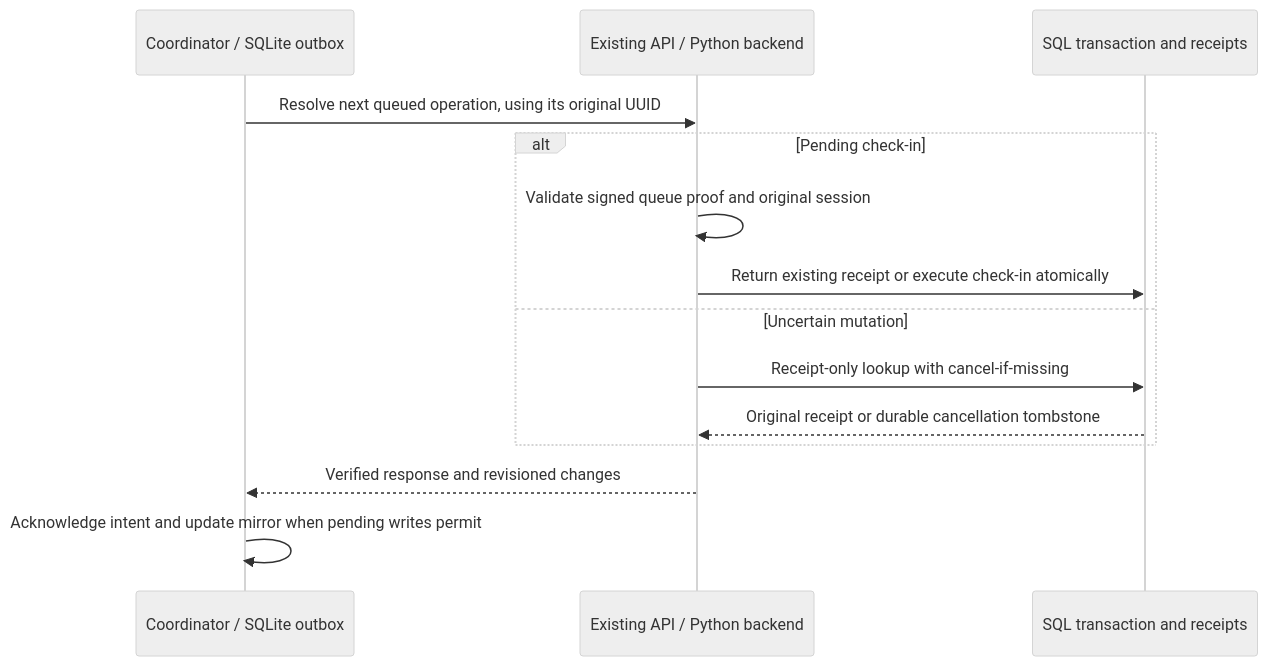
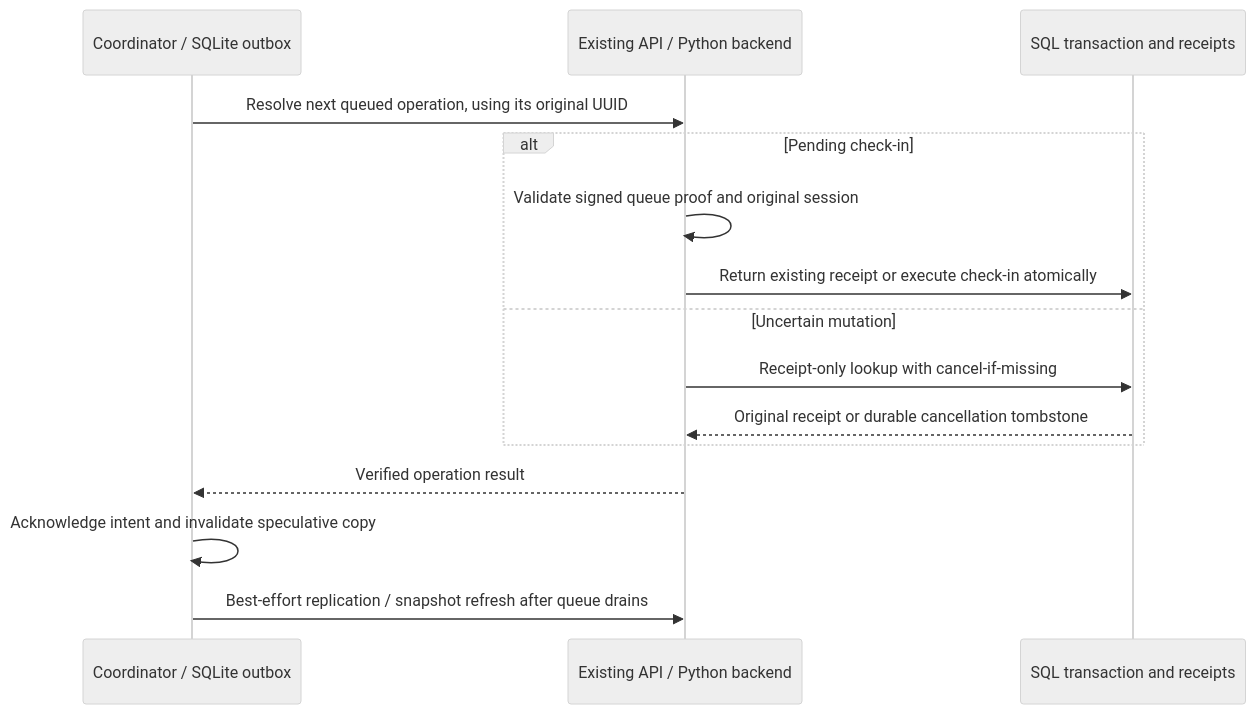
Before and after one commit to akwaa2545-gif/NewYearApp: the second of 2 diagrams in cloudflare/SQL_FAILOVER.md, drawn with Mermaid (neutral theme). The commit also changed other lines of this file and 16 other files, not shown here.

````diff
--- a/cloudflare/SQL_FAILOVER.md
+++ b/cloudflare/SQL_FAILOVER.md
@@ -121,16 +144,17 @@
 ```mermaid
 sequenceDiagram
     participant C as Coordinator / SQLite outbox
     participant A as Existing API / Python backend
     participant S as SQL transaction and receipts
     C->>A: Resolve next queued operation, using its original UUID
     alt Pending check-in
         A->>A: Validate signed queue proof and original session
         A->>S: Return existing receipt or execute check-in atomically
     else Uncertain mutation
         A->>S: Receipt-only lookup with cancel-if-missing
         S-->>A: Original receipt or durable cancellation tombstone
     end
-    A-->>C: Verified response and revisioned changes
-    C->>C: Acknowledge intent and update mirror when pending writes permit
+    A-->>C: Verified operation result
+    C->>C: Acknowledge intent and invalidate speculative copy
+    C->>A: Best-effort replication / snapshot refresh after queue drains
 ```
````
